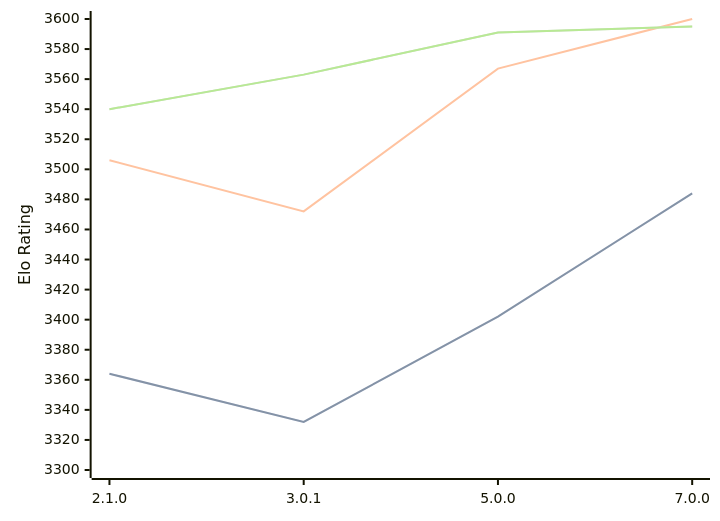
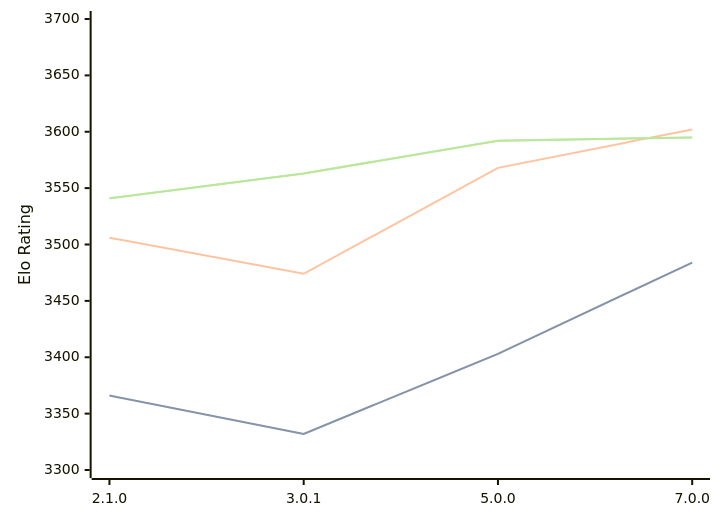
One commit to computer-chess-index/cci changed the diagram in engines/PlentyChess.md. Above: the diagram before and after it, drawn with Mermaid. The commit also changed other lines of this file, not shown here.

Commit message:
Update CCI Ratings (ELO VLTC) - 2026-04-19

````diff
--- a/engines/PlentyChess.md
+++ b/engines/PlentyChess.md
@@ -45,11 +45,11 @@
 ```mermaid
 %%{init: {"theme":"base","themeVariables":{"seriesColors:['#a3a3a3','#222221','#faa371']}}}%%
 xychart-beta
   x-axis ["2.1.0", "3.0.1", "5.0.0", "7.0.0"]
-  y-axis "Elo Rating" 3300 --> 3600
-  line "STC (8.0+0.08s)" [3364, 3332, 3402, 3484]
-  line "STC (8.0+0.08s)" [3364, 3332, 3402, 3484]
-  line "LTC (60.0+0.60s)" [3506, 3472, 3567, 3600]
-  line "VLTC (2m24s+1.12s)" [3540, 3563, 3591, 3595]
-  line "VLTC (2m24s+1.12s)" [3540, 3563, 3591, 3595]
+  y-axis "Elo Rating" 3300 --> 3700
+  line "STC (8.0+0.08s)" [3366, 3332, 3403, 3484]
+  line "STC (8.0+0.08s)" [3366, 3332, 3403, 3484]
+  line "LTC (60.0+0.60s)" [3506, 3474, 3568, 3602]
+  line "VLTC (2m24s+1.12s)" [3541, 3563, 3592, 3595]
+  line "VLTC (2m24s+1.12s)" [3541, 3563, 3592, 3595]
 ```
````
